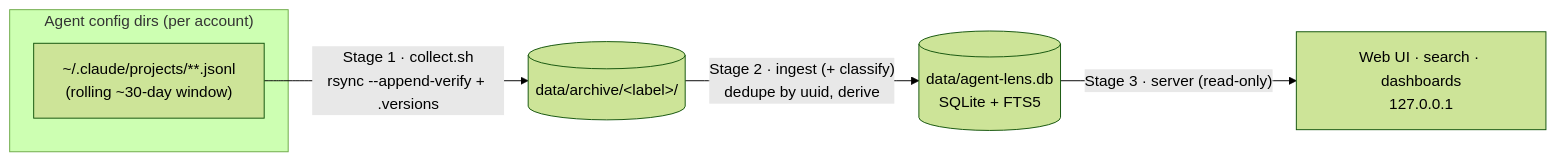
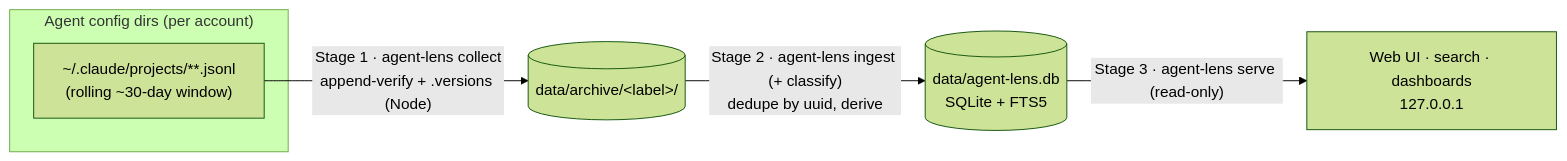
Before and after one commit to SWEStash/agent-lens: the first of 4 diagrams in docs/ARCHITECTURE.md, drawn with Mermaid (forest theme). The commit also changed other lines of this file and 8 other files, not shown here.

First line of the commit message:
docs: update for the agent-lens CLI, cross-platform deploy, and theming

````diff
--- a/docs/ARCHITECTURE.md
+++ b/docs/ARCHITECTURE.md
@@ -17,9 +17,9 @@
 ```mermaid
 flowchart LR
   subgraph Sources["Agent config dirs (per account)"]
     CC["~/.claude/projects/**.jsonl<br/>(rolling ~30-day window)"]
   end
-  CC -->|"Stage 1 · collect.sh<br/>rsync --append-verify + .versions"| AR[("data/archive/&lt;label&gt;/")]
-  AR -->|"Stage 2 · ingest (+ classify)<br/>dedupe by uuid, derive"| DB[("data/agent-lens.db<br/>SQLite + FTS5")]
-  DB -->|"Stage 3 · server (read-only)"| WEB["Web UI · search · dashboards<br/>127.0.0.1"]
+  CC -->|"Stage 1 · agent-lens collect<br/>append-verify + .versions (Node)"| AR[("data/archive/&lt;label&gt;/")]
+  AR -->|"Stage 2 · agent-lens ingest (+ classify)<br/>dedupe by uuid, derive"| DB[("data/agent-lens.db<br/>SQLite + FTS5")]
+  DB -->|"Stage 3 · agent-lens serve (read-only)"| WEB["Web UI · search · dashboards<br/>127.0.0.1"]
 ```
````
